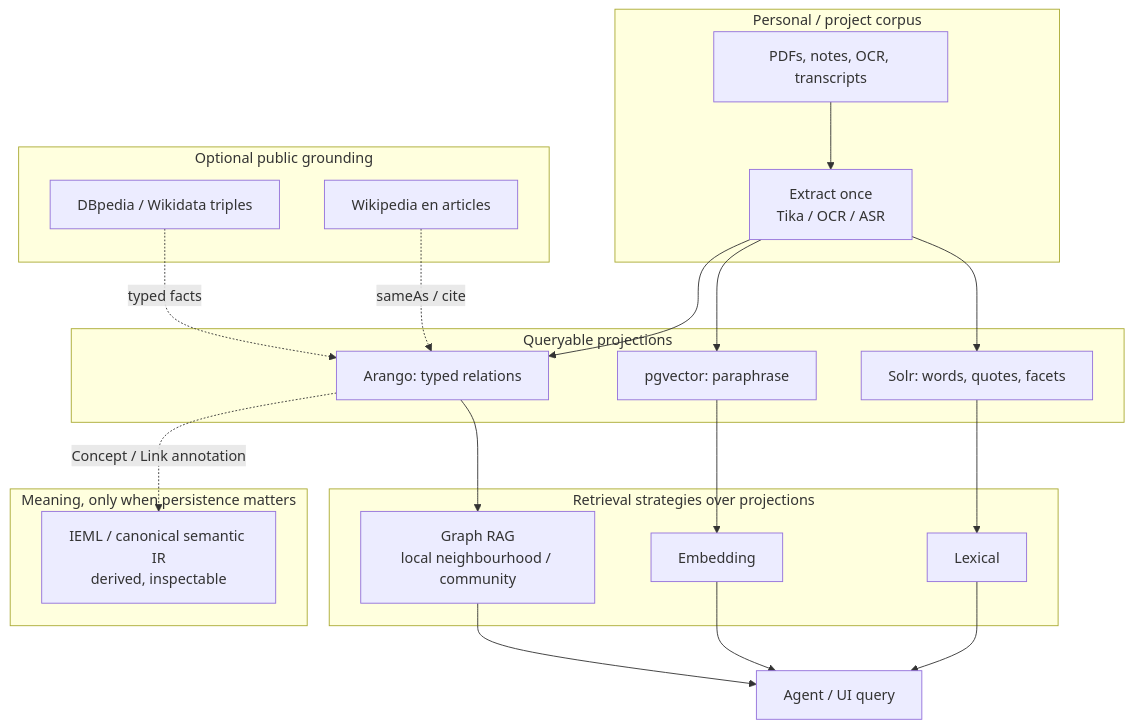
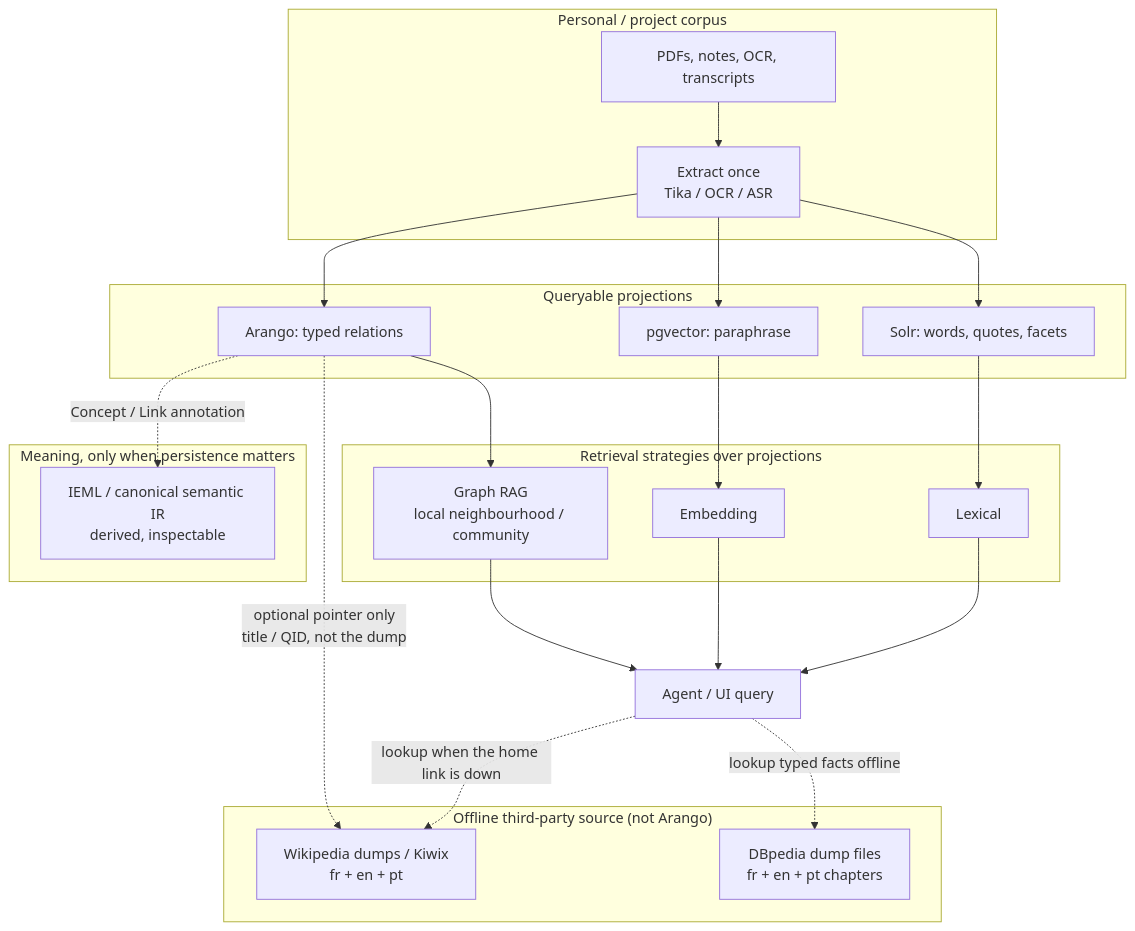
One commit to Paulmicha/projet-complexe-asc changed the first of 13 diagrams in data/ideas/2026/08/18-graph-rag-wikipedia-db-pedia-ieml.md. Above: the diagram before and after it, drawn with Mermaid. The commit also changed other lines of this file and 1 other file, not shown here.

````diff
--- a/data/ideas/2026/08/18-graph-rag-wikipedia-db-pedia-ieml.md
+++ b/data/ideas/2026/08/18-graph-rag-wikipedia-db-pedia-ieml.md
@@ -34,44 +35,45 @@
 ```mermaid
 flowchart TB
   subgraph personal["Personal / project corpus"]
     FILES["PDFs, notes, OCR, transcripts"]
     EXTRACT["Extract once<br/>Tika / OCR / ASR"]
     FILES --> EXTRACT
   end
 
   subgraph projections["Queryable projections"]
     SOLR["Solr: words, quotes, facets"]
     VEC["pgvector: paraphrase"]
     ARANGO["Arango: typed relations"]
   end
 
   subgraph strategies["Retrieval strategies over projections"]
     LEX["Lexical"]
     EMB["Embedding"]
     GRAG["Graph RAG<br/>local neighbourhood / community"]
   end
 
-  subgraph public["Optional public grounding"]
-    WP["Wikipedia en articles"]
-    DBO["DBpedia / Wikidata triples"]
+  subgraph public["Offline third-party source (not Arango)"]
+    WP["Wikipedia dumps / Kiwix<br/>fr + en + pt"]
+    DBO["DBpedia dump files<br/>fr + en + pt chapters"]
   end
 
   subgraph meaning["Meaning, only when persistence matters"]
     IEML["IEML / canonical semantic IR<br/>derived, inspectable"]
   end
 
   EXTRACT --> SOLR
   EXTRACT --> VEC
   EXTRACT --> ARANGO
   SOLR --> LEX
   VEC --> EMB
   ARANGO --> GRAG
 
-  WP -.->|"sameAs / cite"| ARANGO
-  DBO -.->|"typed facts"| ARANGO
   ARANGO -.->|"Concept / Link annotation"| IEML
 
   LEX --> AGENT["Agent / UI query"]
   EMB --> AGENT
   GRAG --> AGENT
+  AGENT -.->|"lookup when the home link is down"| WP
+  AGENT -.->|"lookup typed facts offline"| DBO
+  ARANGO -.->|"optional pointer only<br/>title / QID, not the dump"| WP
 ```
````
